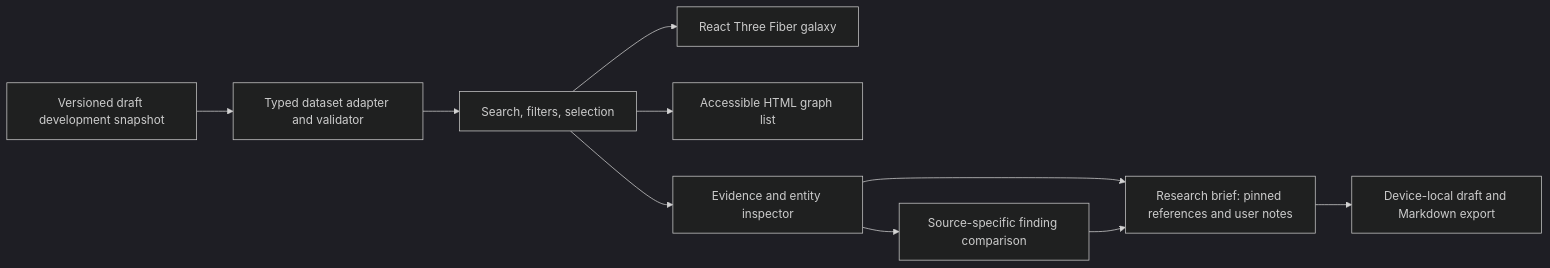
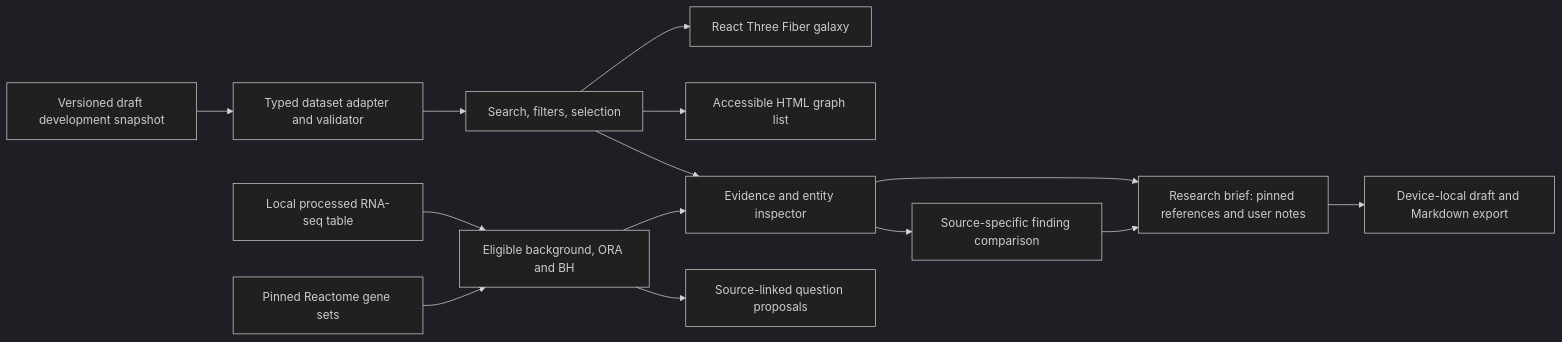
Before and after one commit to Enerep/discover-galaxy: the first of 2 diagrams in docs/architecture.md, drawn with Mermaid (dark theme). The commit also changed other lines of this file and 17 other files, not shown here.

````diff
--- a/docs/architecture.md
+++ b/docs/architecture.md
@@ -15,12 +17,16 @@
 ```mermaid
 flowchart LR
     Snapshot[Versioned draft development snapshot] --> Adapter[Typed dataset adapter and validator]
     Adapter --> State[Search, filters, selection]
     State --> Galaxy[React Three Fiber galaxy]
     State --> List[Accessible HTML graph list]
     State --> Inspector[Evidence and entity inspector]
     Inspector --> Comparison[Source-specific finding comparison]
     Inspector --> Brief[Research brief: pinned references and user notes]
     Comparison --> Brief
     Brief --> Local[Device-local draft and Markdown export]
+    Input[Local processed RNA-seq table] --> Analysis[Eligible background, ORA and BH]
+    Reference[Pinned Reactome gene sets] --> Analysis
+    Analysis --> Questions[Source-linked question proposals]
+    Analysis --> Inspector
 ```
````
